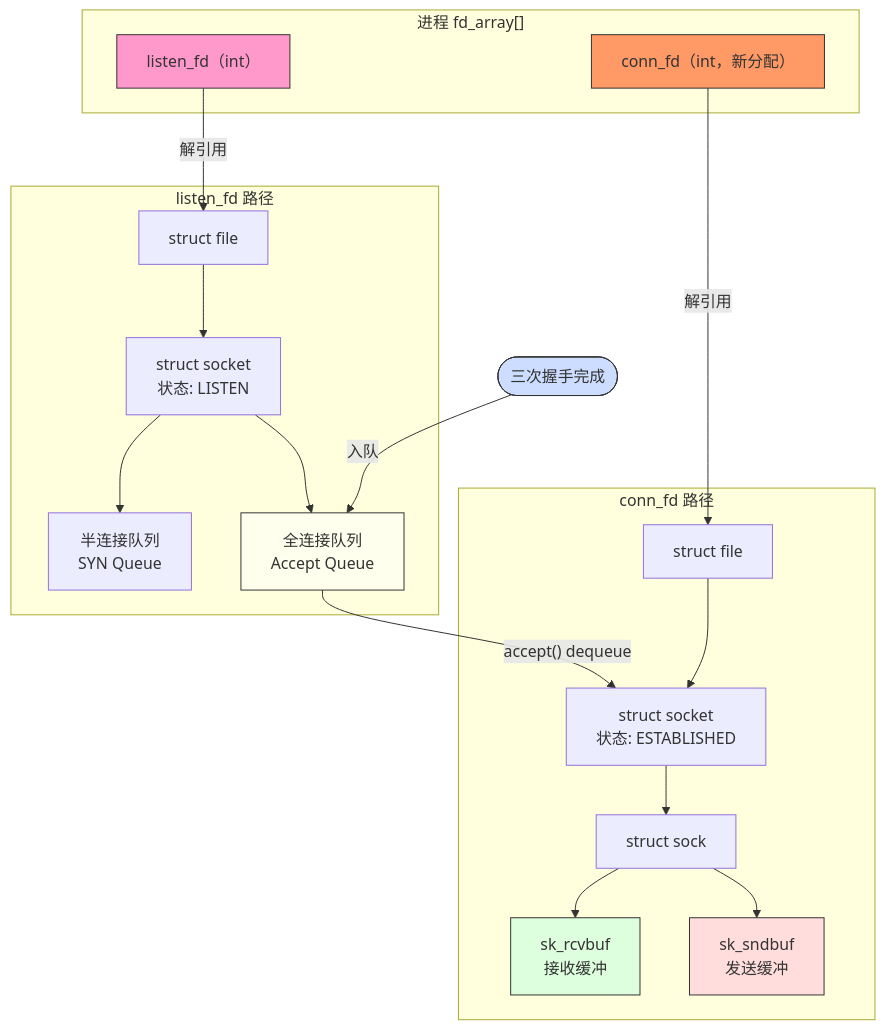
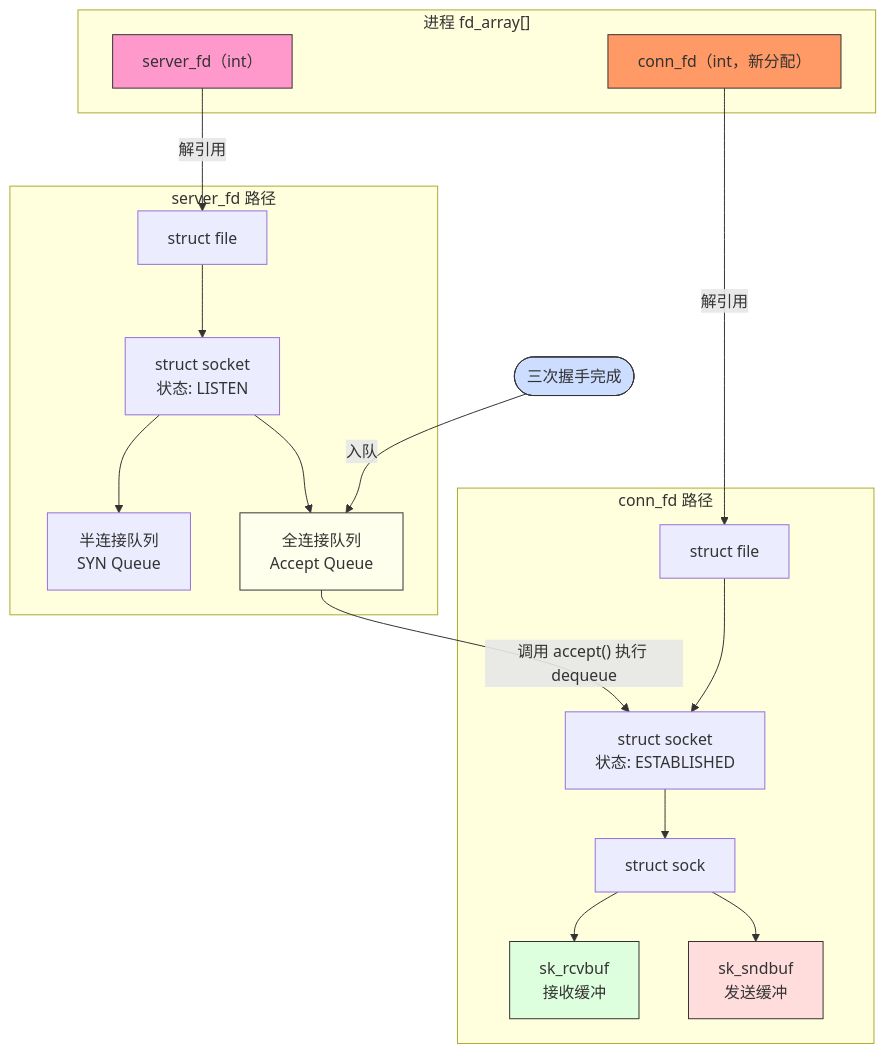
One commit to loskyertt/Notes changed diagram 12 of 23 in CPP/05_网络编程/01_网络编程基础.md. Above: the diagram before and after it, drawn with Mermaid. The commit also changed other lines of this file and 4 other files, not shown here.

````diff
--- a/CPP/05_网络编程/01_网络编程基础.md
+++ b/CPP/05_网络编程/01_网络编程基础.md
@@ -1026,43 +1025,43 @@
 ```mermaid
 graph TD
     subgraph PROC["进程 fd_array[]"]
-        LFD["listen_fd（int）"]
+        LFD["server_fd（int）"]
         CFD["conn_fd（int，新分配）"]
     end
 
-    subgraph LPATH["listen_fd 路径"]
+    subgraph LPATH["server_fd 路径"]
         LFile["struct file"]
         LSock["struct socket<br/>状态: LISTEN"]
         SYN["半连接队列<br/>SYN Queue"]
         AQ["全连接队列<br/>Accept Queue"]
     end
 
     subgraph CPATH["conn_fd 路径"]
         CFile["struct file"]
         CSock["struct socket<br/>状态: ESTABLISHED"]
         SK["struct sock"]
         RX["sk_rcvbuf<br/>接收缓冲"]
         TX["sk_sndbuf<br/>发送缓冲"]
     end
 
     HS(["三次握手完成"])
 
     LFD      -->|"解引用"| LFile
     LFile    --> LSock
     LSock    --> SYN
     LSock    --> AQ
     HS       -->|"入队"| AQ
-    AQ       -->|"accept() dequeue"| CSock
+    AQ       -->|"调用 accept() 执行 dequeue"| CSock
     CFD      -->|"解引用"| CFile
     CFile    --> CSock
     CSock    --> SK
     SK       --> RX
     SK       --> TX
 
     style LFD  fill:#f9c,stroke:#333
     style CFD  fill:#f96,stroke:#333
     style AQ   fill:#ffe,stroke:#333
     style HS   fill:#cdf,stroke:#333
     style RX   fill:#dfd,stroke:#333
     style TX   fill:#fdd,stroke:#333
 ```
````
